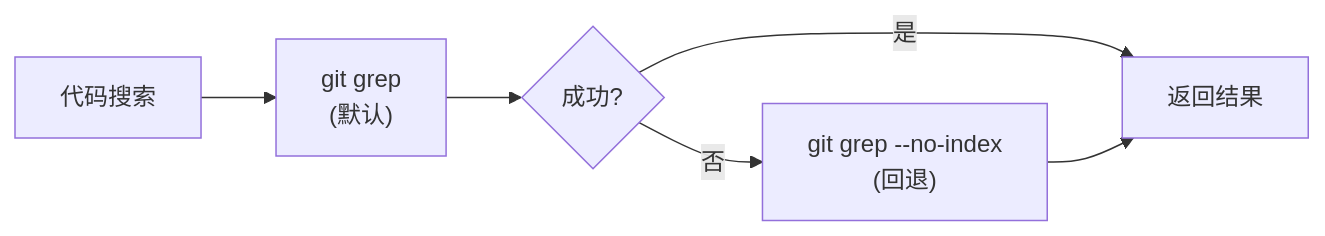
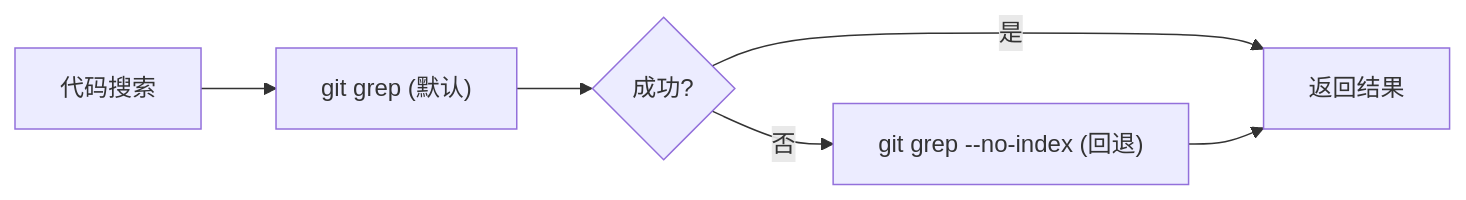
Before and after one commit to awesome-flexloop/awesome-okf: the third of 9 diagrams in doc/bundles/jishu/ai/products/open-code-review/concepts/03-tools-mcp.md, drawn with Mermaid. The commit also changed other lines of this file and 10 other files, not shown here.

First line of the commit message:
docs(bundle): 清偿 Open Code Review 存量 Mermaid 违规避免规范漂移累积

````diff
--- a/doc/bundles/jishu/ai/products/open-code-review/concepts/03-tools-mcp.md
+++ b/doc/bundles/jishu/ai/products/open-code-review/concepts/03-tools-mcp.md
@@ -353,8 +347,8 @@
 ```mermaid
 flowchart LR
-    Search["代码搜索"] --> Try1["git grep<br/>(默认)"]
+    Search["代码搜索"] --> Try1["git grep (默认)"]
     Try1 --> Q1{"成功?"}
     Q1 -->|"是"| Result["返回结果"]
-    Q1 -->|"否"| Try2["git grep --no-index<br/>(回退)"]
+    Q1 -->|"否"| Try2["git grep --no-index (回退)"]
     Try2 --> Result
 ```
````
